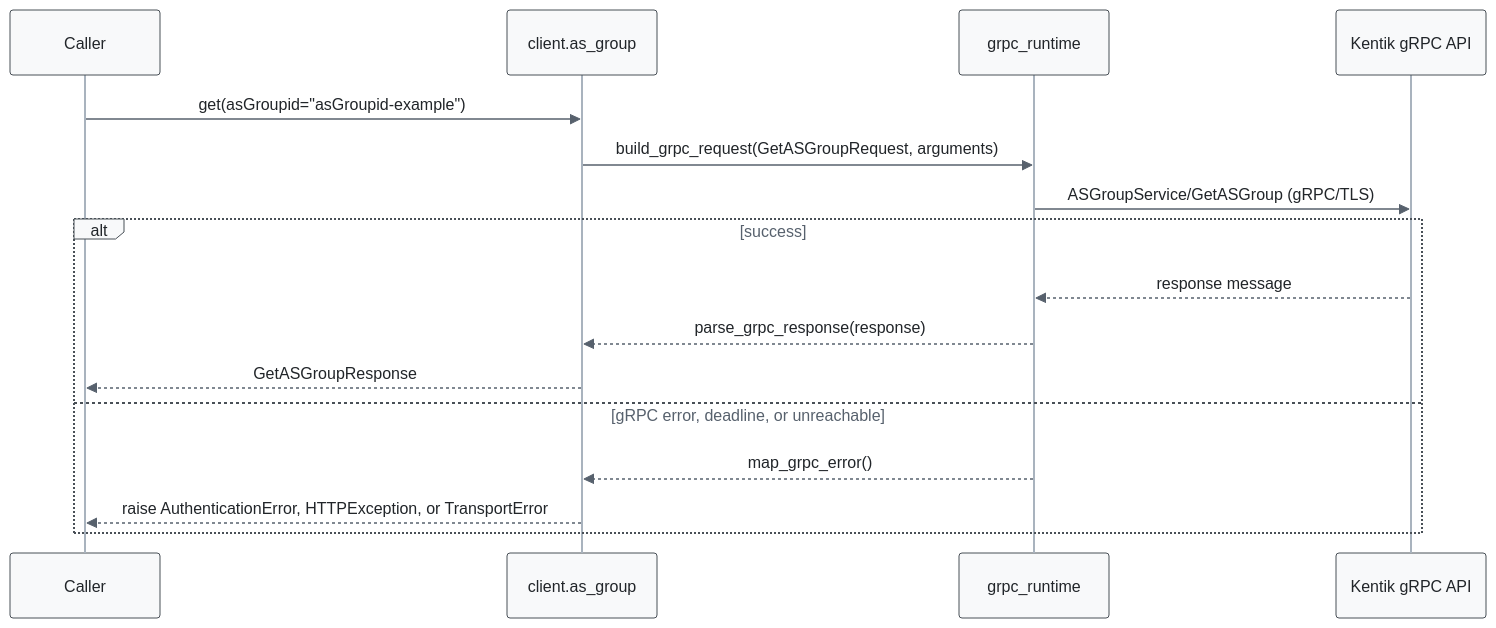
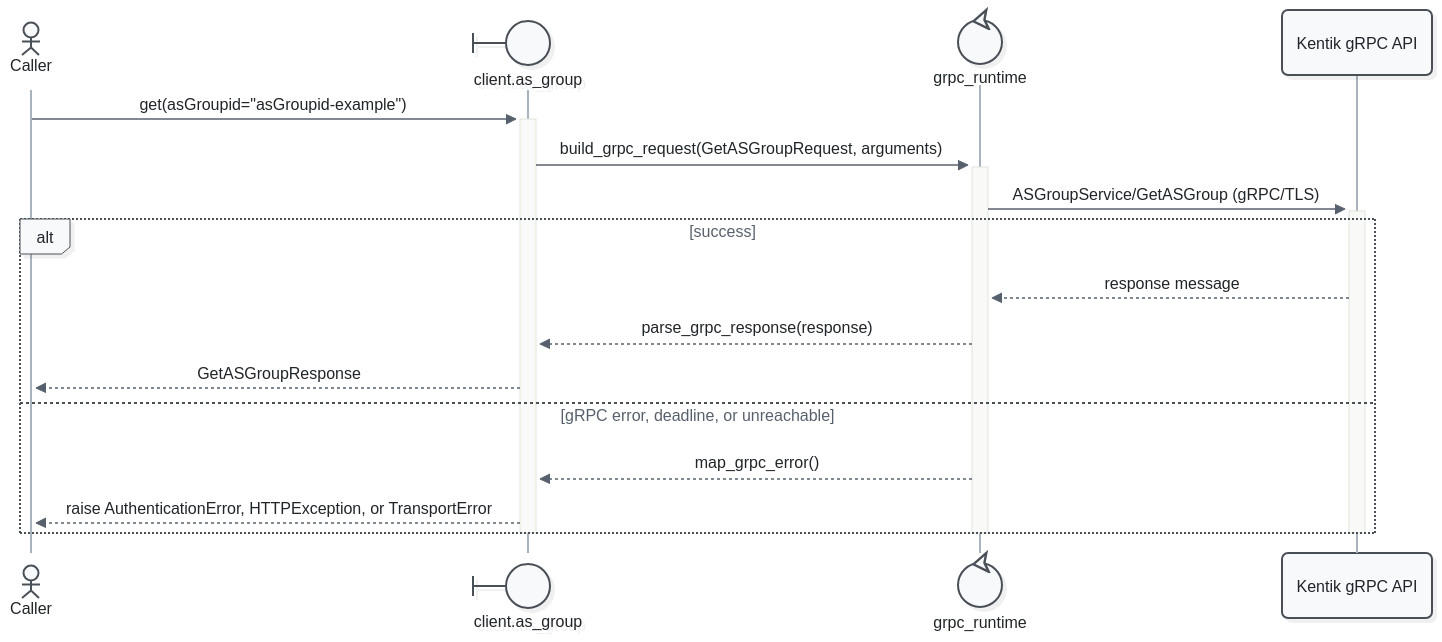
The sixth of 11 diagrams in docs/sphinx/services/as_group.md (alexdearaujo/community_sdk_python), drawn with Mermaid before and after one commit. The commit also changed other lines of this file and 52 other files, not shown here.

First line of the commit message:
docs: Mermaid 12 sequence diagrams with participant types and path colors

````diff
--- a/docs/sphinx/services/as_group.md
+++ b/docs/sphinx/services/as_group.md
@@ -204,20 +216,23 @@
 ```mermaid
-%%{init: {"theme": "base", "fontFamily": "ui-monospace, SFMono-Regular, Menlo, monospace", "themeVariables": {"fontFamily": "ui-monospace, SFMono-Regular, Menlo, monospace", "primaryColor": "#f8f9fa", "primaryBorderColor": "#495057", "primaryTextColor": "#212529", "textColor": "#212529", "lineColor": "#77818c", "edgeLabelBackground": "#ffffff", "actorBkg": "#f8f9fa", "actorBorder": "#495057", "actorTextColor": "#212529", "actorLineColor": "#a9b3be", "signalColor": "#57616d", "signalTextColor": "#212529", "labelBoxBkgColor": "#f8f9fa", "labelBoxBorderColor": "#495057", "labelTextColor": "#212529", "loopTextColor": "#57616d", "noteBkgColor": "#fff9db", "noteBorderColor": "#f08c00", "noteTextColor": "#a35a00"}, "flowchart": {"curve": "step", "nodeSpacing": 30, "rankSpacing": 70, "wrappingWidth": 400}}}%%
+%%{init: {"theme": "redux", "look": "neo", "layout": "dagre", "fontFamily": "ui-monospace, SFMono-Regular, Menlo, monospace", "themeVariables": {"fontFamily": "ui-monospace, SFMono-Regular, Menlo, monospace", "primaryColor": "#f8f9fa", "primaryBorderColor": "#495057", "primaryTextColor": "#212529", "textColor": "#212529", "lineColor": "#77818c", "edgeLabelBackground": "#ffffff", "actorBkg": "#f8f9fa", "actorBorder": "#495057", "actorTextColor": "#212529", "actorLineColor": "#a9b3be", "signalColor": "#57616d", "signalTextColor": "#212529", "labelBoxBkgColor": "#f8f9fa", "labelBoxBorderColor": "#495057", "labelTextColor": "#212529", "loopTextColor": "#57616d", "noteBkgColor": "#fff9db", "noteBorderColor": "#f08c00", "noteTextColor": "#a35a00"}, "sequence": {"activationWidth": 16}, "flowchart": {"curve": "step", "nodeSpacing": 30, "rankSpacing": 70, "wrappingWidth": 400}}}%%
 sequenceDiagram
-    participant C as Caller
-    participant W as client.as_group
-    participant R as grpc_runtime
+    actor C as Caller
+    participant W@{ "type": "boundary" } as client.as_group
+    participant R@{ "type": "control" } as grpc_runtime
     participant API as Kentik gRPC API
 
-    C->>W: get(asGroupid="asGroupid-example")
-    W->>R: build_grpc_request(GetASGroupRequest, arguments)
-    R->>API: ASGroupService/GetASGroup (gRPC/TLS)
+    C->>+W: get(asGroupid="asGroupid-example")
+    W->>+R: build_grpc_request(GetASGroupRequest, arguments)
+    R->>+API: ASGroupService/GetASGroup (gRPC/TLS)
     alt success
         API-->>R: response message
         R-->>W: parse_grpc_response(response)
         W-->>C: GetASGroupResponse
     else gRPC error, deadline, or unreachable
         R-->>W: map_grpc_error()
         W-->>C: raise AuthenticationError, HTTPException, or TransportError
     end
+    deactivate API
+    deactivate R
+    deactivate W
 ```
````
